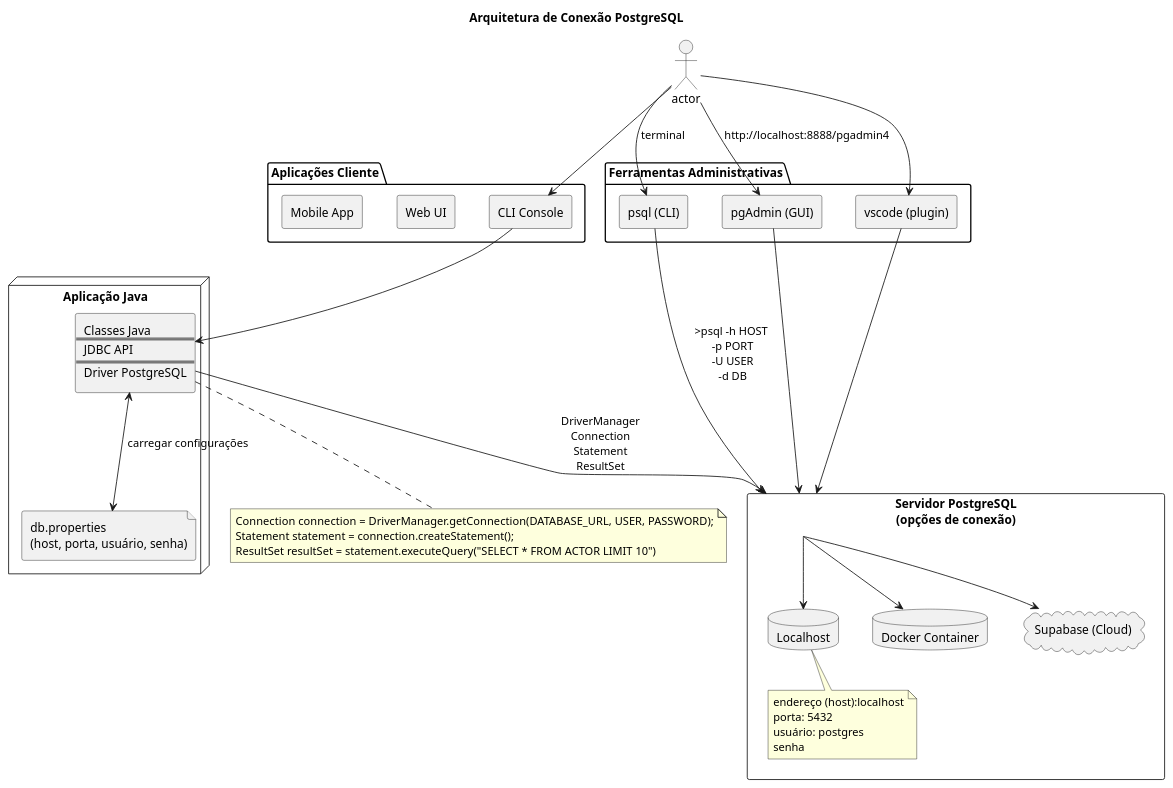
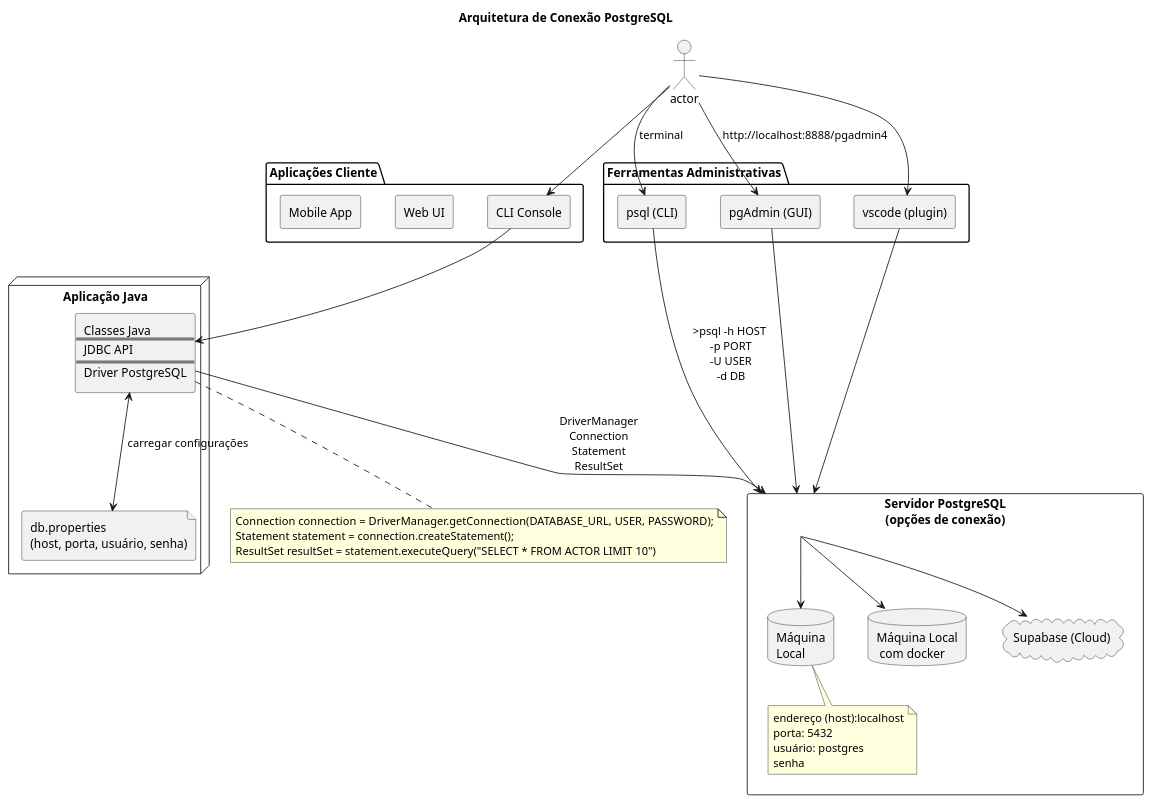
One commit to caioamorim7/poo changed the diagram in lectures/examples/14-jdbc/doc/postgresql-architecture.puml. Above: the diagram before and after it, drawn with PlantUML. The commit also changed 1 other file, not shown here.

Commit message:
atualização diagrama

```diff
--- a/lectures/examples/14-jdbc/doc/postgresql-architecture.puml
+++ b/lectures/examples/14-jdbc/doc/postgresql-architecture.puml
@@ -1,58 +1,58 @@
 @startuml
 title Arquitetura de Conexão PostgreSQL
 
 skinparam componentStyle rectangle
 skinparam nodesep 40
 skinparam ranksep 45
 
 top to bottom direction
 
 actor as users
 
 together {
   package "Aplicações Cliente" as clientLayer {
     [CLI Console] as cli
     [Web UI] as web
     [Mobile App] as mobile
   }
 
   package "Ferramentas Administrativas" as adminLayer {
     component "psql (CLI)" as psql
     component "pgAdmin (GUI)" as pgadmin
     component "vscode (plugin)" as vscode
   }
 }
 
 node "Aplicação Java" as javaApp {
   file "db.properties\n(host, porta, usuário, senha)" as props
   component "Classes Java\n====\nJDBC API\n====\nDriver PostgreSQL" as javaStack
 }
 
 note bottom: Connection connection = DriverManager.getConnection(DATABASE_URL, USER, PASSWORD);\nStatement statement = connection.createStatement();\nResultSet resultSet = statement.executeQuery("SELECT * FROM ACTOR LIMIT 10")
 
 rectangle "Servidor PostgreSQL\n(opções de conexão)" as pg {
-  database "Localhost" as local
-  database "Docker Container" as docker
+  database "Máquina\nLocal" as local
+  database "Máquina Local\n com docker" as docker
   cloud "Supabase (Cloud)" as supabase
   note bottom of local:  endereço (host):localhost\nporta: 5432\nusuário: postgres\nsenha
 }
 
 users --> cli
 users --> psql : terminal
 users --> pgadmin : http://localhost:8888/pgadmin4
 users --> vscode
 
 cli --> javaStack
 
 javaStack <--> props : carregar configurações
 javaStack --> pg : DriverManager\nConnection\nStatement\nResultSet
 
 psql --> pg : >psql -h HOST\n -p PORT\n -U USER\n -d DB
 pgadmin --> pg
 vscode --> pg
 
 pg --> local
 pg --> docker
 pg --> supabase
 
 @enduml
```
